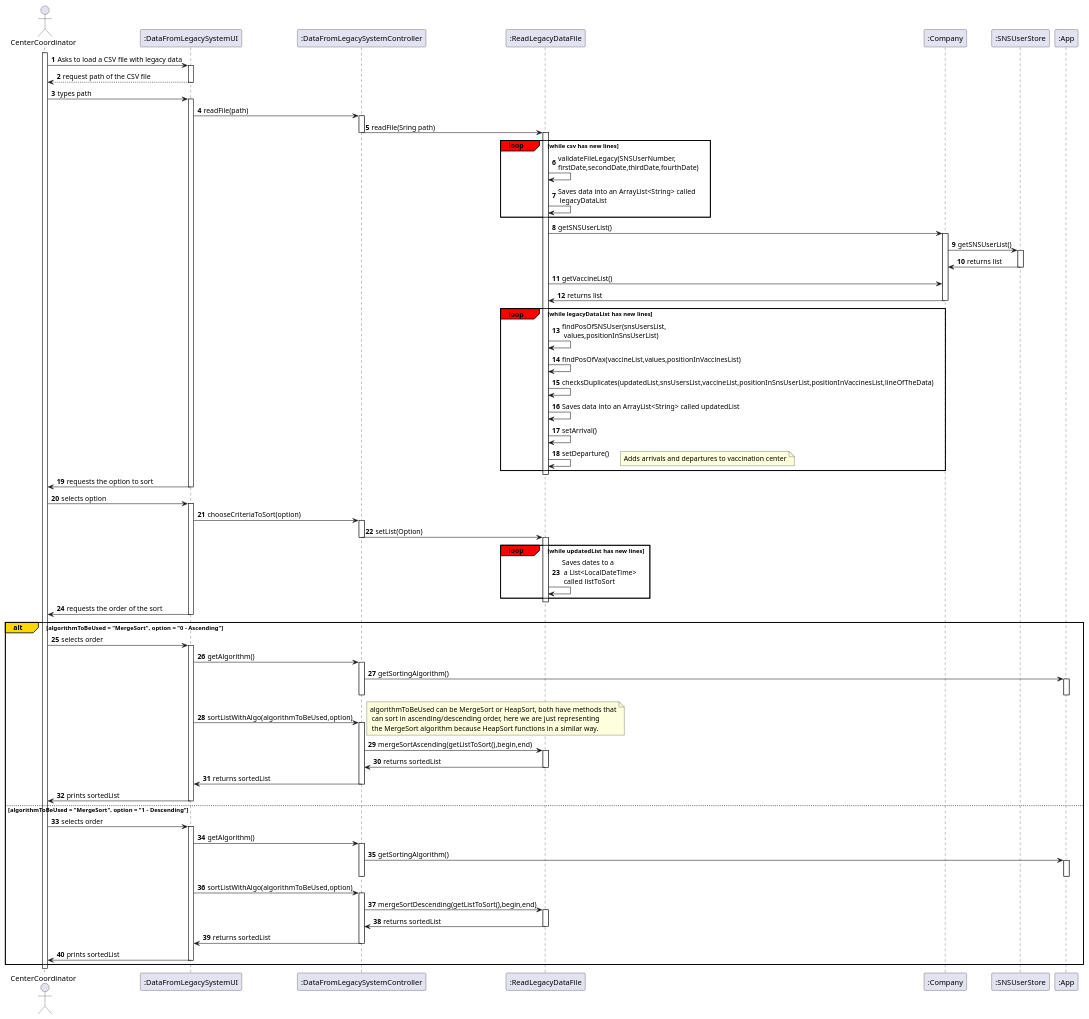
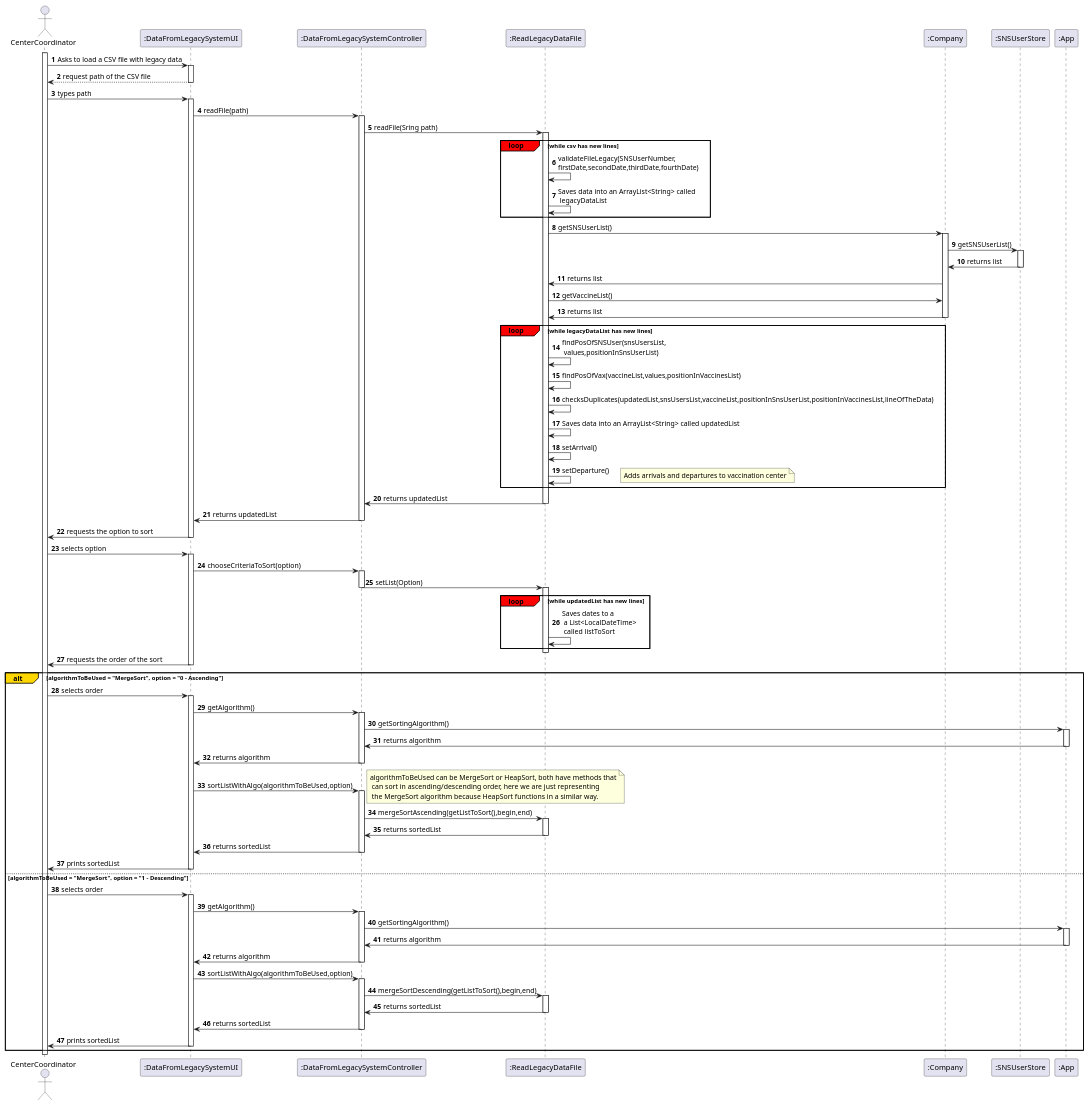
The diagram in docs/SprintD/US017/US017_SD.puml (Pirussa/lei-22-s2-1da-g02), drawn with PlantUML before and after one commit. The commit also changed 4 other files, not shown here.

```diff
--- a/docs/SprintD/US017/US017_SD.puml
+++ b/docs/SprintD/US017/US017_SD.puml
@@ -3,151 +3,162 @@
 @startuml
 
 autonumber
 actor "CenterCoordinator" as CC
 participant ":DataFromLegacySystemUI" as UI
 participant ":DataFromLegacySystemController" as CTRL
 participant ":ReadLegacyDataFile" as RDLF
 participant ":Company" as Comp
 participant ":SNSUserStore" as SNSStore
 participant ":App" as App
 
 
 activate CC
 CC -> UI : Asks to load a CSV file with legacy data
 activate UI
 
 
 
 UI --> CC : request path of the CSV file
 deactivate UI
 
 CC -> UI : types path
 activate UI
 
+
 UI -> CTRL : readFile(path)
 
 activate CTRL
 CTRL -> RDLF : readFile(Sring path)
-deactivate CTRL
+
 
 activate RDLF
 
 
 loop#Red while csv has new lines
 RDLF -> RDLF : validateFileLegacy(SNSUserNumber,\nfirstDate,secondDate,thirdDate,fourthDate)
 
 RDLF -> RDLF : Saves data into an ArrayList<String> called\n legacyDataList
 
 end loop
 
 
 RDLF -> Comp : getSNSUserList()
 activate Comp
 Comp -> SNSStore : getSNSUserList()
 activate SNSStore
 SNSStore -> Comp : returns list
 deactivate SNSStore
+Comp -> RDLF : returns list
 RDLF -> Comp : getVaccineList()
 Comp -> RDLF : returns list
 deactivate Comp
 loop#Red while legacyDataList has new lines
 
 RDLF -> RDLF : findPosOfSNSUser(snsUsersList,\n values,positionInSnsUserList)
 
 
 
 deactivate Comp
 RDLF -> RDLF : findPosOfVax(vaccineList,values,positionInVaccinesList)
 
 RDLF -> RDLF : checksDuplicates(updatedList,snsUsersList,vaccineList,positionInSnsUserList,positionInVaccinesList,lineOfTheData)
 
 RDLF -> RDLF : Saves data into an ArrayList<String> called updatedList
 
 RDLF -> RDLF : setArrival()
 RDLF -> RDLF : setDeparture()
 note right : Adds arrivals and departures to vaccination center
 end loop
+RDLF -> CTRL : returns updatedList
+deactivate RDLF
+CTRL -> UI : returns updatedList
+deactivate CTRL
 
-deactivate RDLF
+
 
 
 UI -> CC : requests the option to sort
-
+deactivate UI
 
 deactivate UI
 CC -> UI : selects option
 activate UI
 
 UI -> CTRL : chooseCriteriaToSort(option)
 activate CTRL
 CTRL -> RDLF : setList(Option)
 deactivate CTRL
 activate RDLF
 loop#Red while updatedList has new lines
 RDLF -> RDLF : Saves dates to a \n a List<LocalDateTime> \n called listToSort
 end loop
 deactivate RDLF
 UI -> CC: requests the order of the sort
 deactivate UI
 alt#Gold algorithmToBeUsed = "MergeSort", option = "0 - Ascending"
 CC -> UI: selects order
 activate UI
 
 UI -> CTRL : getAlgorithm()
 activate CTRL
 CTRL -> App : getSortingAlgorithm()
 
 activate App
+App -> CTRL : returns algorithm
+deactivate App
+CTRL->UI : returns algorithm
 
-deactivate App
+
 deactivate CTRL
 
 
 UI -> CTRL: sortListWithAlgo(algorithmToBeUsed,option)
 note right: algorithmToBeUsed can be MergeSort or HeapSort, both have methods that\n can sort in ascending/descending order, here we are just representing \n the MergeSort algorithm because HeapSort functions in a similar way.
 activate CTRL
 
 CTRL -> RDLF : mergeSortAscending(getListToSort(),begin,end)
 activate RDLF
 
 
 
 RDLF -> CTRL : returns sortedList
 deactivate RDLF
 CTRL -> UI : returns sortedList
 
 deactivate CTRL
 
 UI -> CC : prints sortedList
 deactivate UI
 else algorithmToBeUsed = "MergeSort", option = "1 - Descending"
 CC -> UI: selects order
 activate UI
 
 
 UI -> CTRL : getAlgorithm()
 activate CTRL
 CTRL -> App : getSortingAlgorithm()
 
 activate App
+App->CTRL : returns algorithm
+deactivate App
+CTRL->UI : returns algorithm
 
-deactivate App
 deactivate CTRL
 
 
 UI -> CTRL: sortListWithAlgo(algorithmToBeUsed,option)
 activate CTRL
 
 CTRL -> RDLF : mergeSortDescending(getListToSort(),begin,end)
 activate RDLF
 
 RDLF -> CTRL : returns sortedList
 deactivate RDLF
 CTRL -> UI : returns sortedList
 
 deactivate CTRL
 UI -> CC : prints sortedList
 deactivate UI
 end alt
 
 @enduml
```
